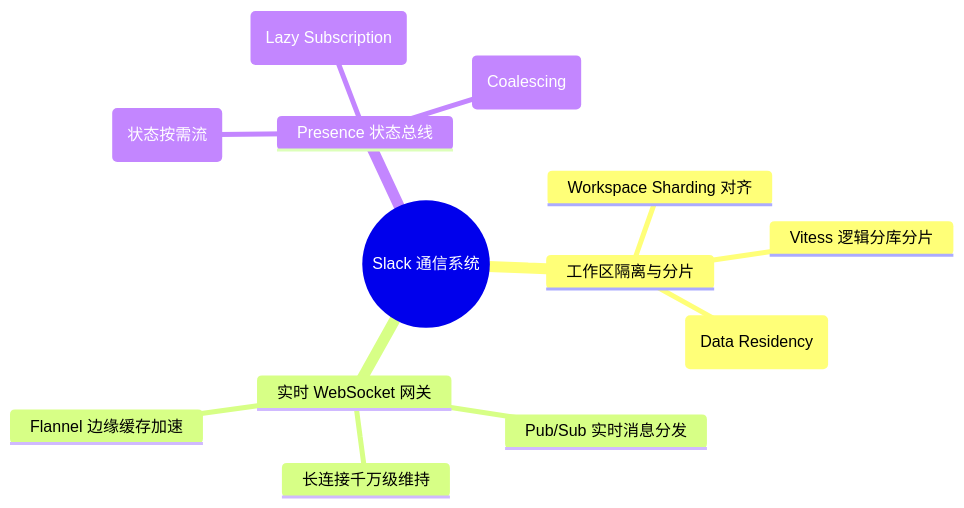
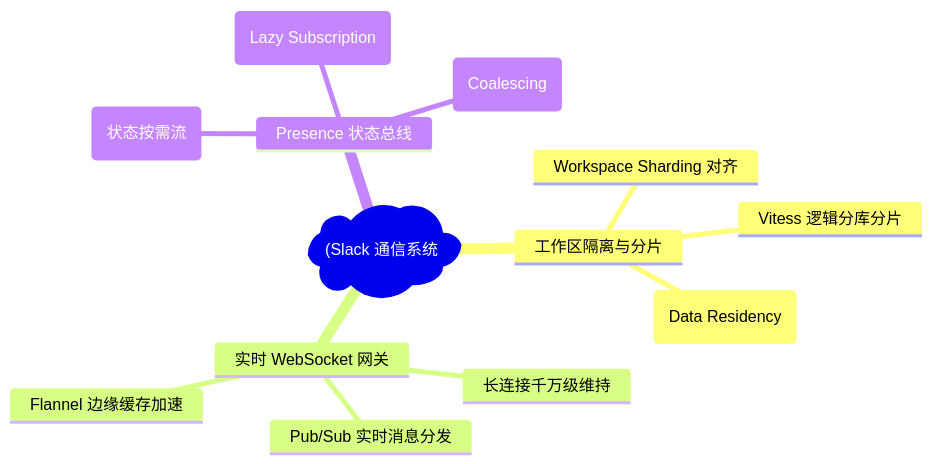
Before and after one commit to koosai/AI-Architect-Learning: the first of 5 diagrams in docs/atlas/slack.mdx, drawn with Mermaid. The commit also changed other lines of this file and 187 other files, not shown here.

Commit message:
fix(mermaid): fix all unquoted parens and edge label syntax errors across all docs

````diff
--- a/docs/atlas/slack.mdx
+++ b/docs/atlas/slack.mdx
@@ -68,16 +68,16 @@
 ```mermaid
 mindmap
-  root((Slack 通信系统))
+  root("(Slack 通信系统"))
     工作区隔离与分片
       Workspace Sharding 对齐
       Vitess 逻辑分库分片
       多地域数据合规 (Data Residency)
     实时 WebSocket 网关
       长连接千万级维持
       Pub/Sub 实时消息分发
       Flannel 边缘缓存加速
     Presence 状态总线
       Presence Bus (状态按需流)
       屏幕可视区订阅 (Lazy Subscription)
       状态聚合去重 (Coalescing)
 ```
````
